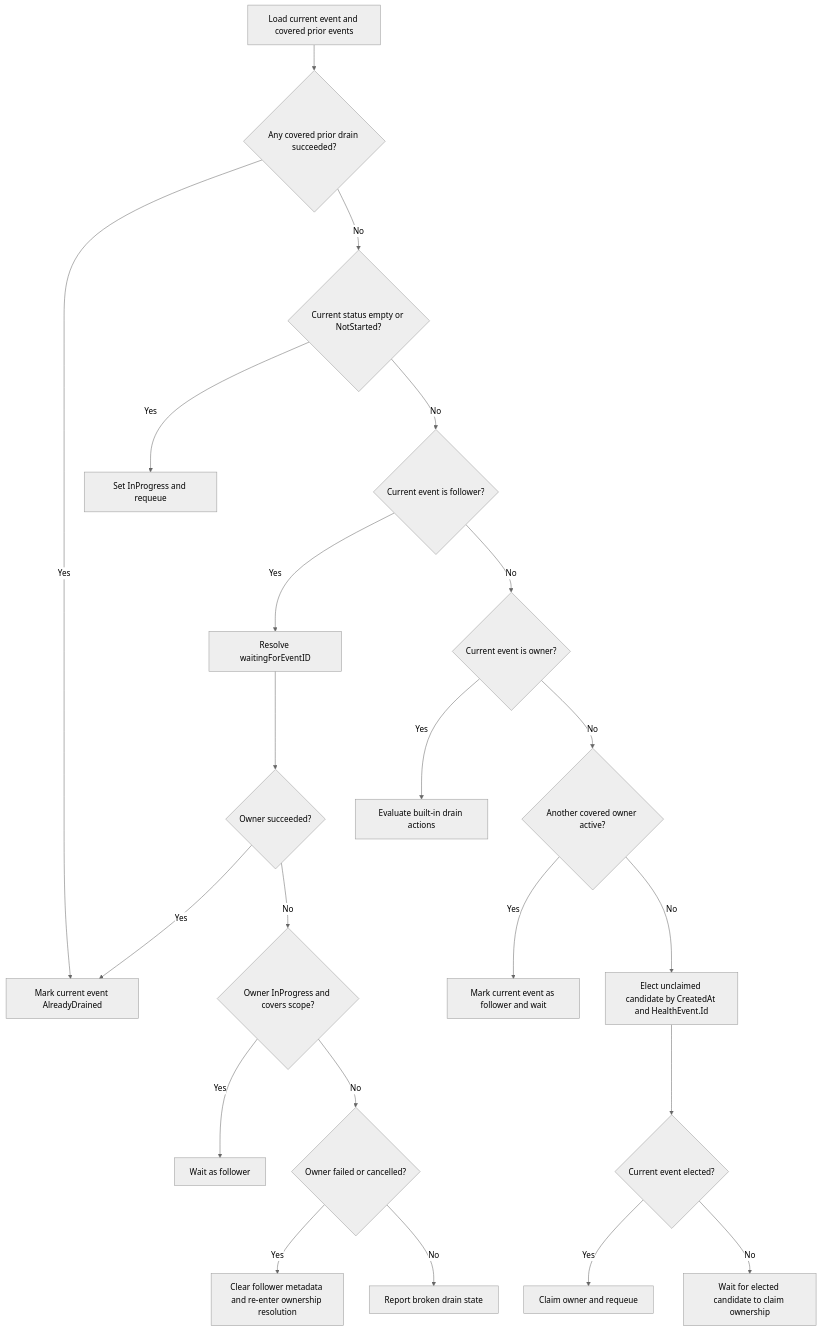
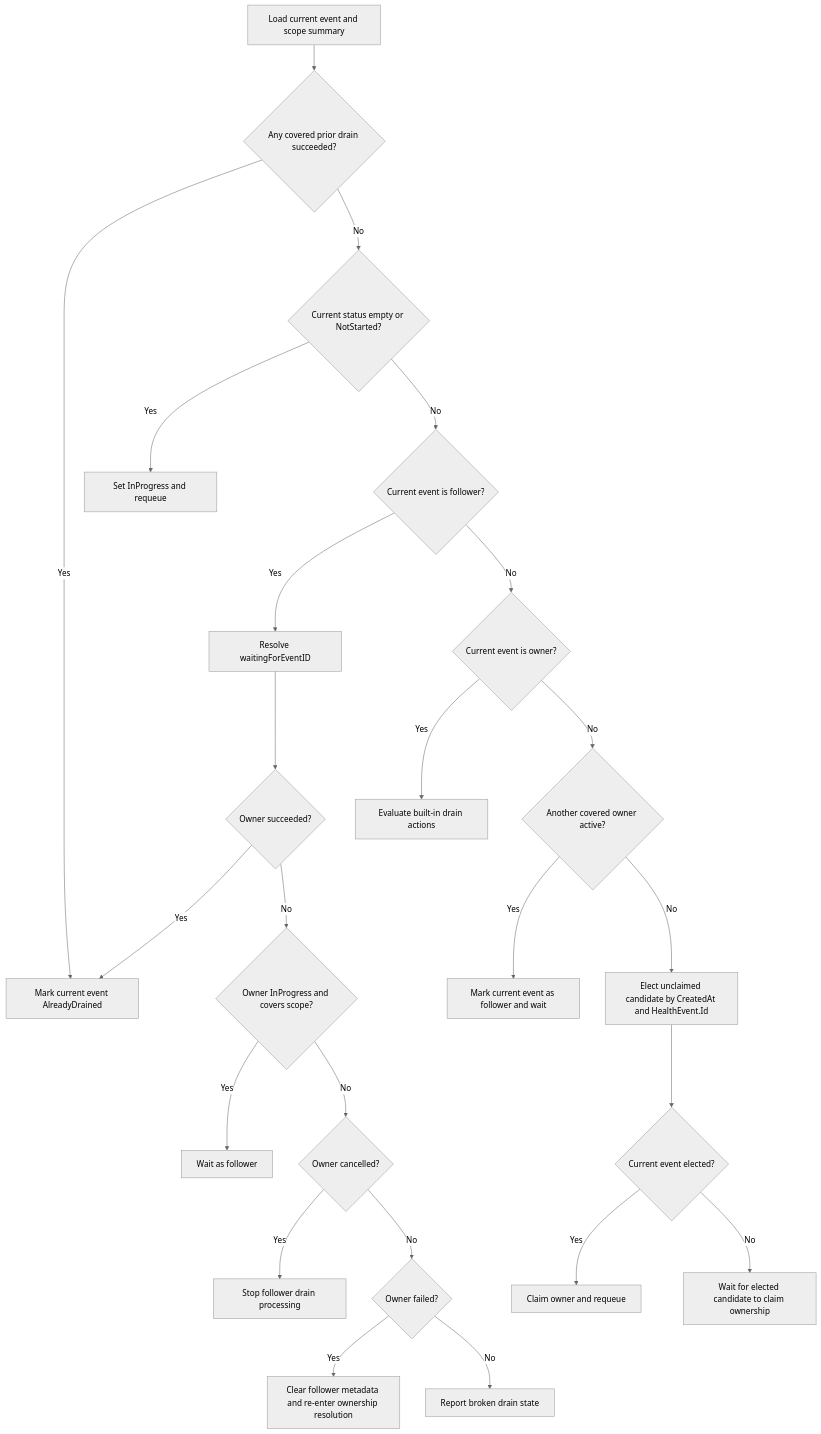
The diagram in docs/designs/040-node-drainer-overlapping-built-in-drains.md (XRFXLP/NVSentinel), drawn with Mermaid (neutral theme) before and after one commit. The commit also changed other lines of this file, not shown here.

````diff
--- a/docs/designs/040-node-drainer-overlapping-built-in-drains.md
+++ b/docs/designs/040-node-drainer-overlapping-built-in-drains.md
@@ -104,24 +148,26 @@
 ```mermaid
 flowchart TD
-    Start[Load current event and covered prior events] --> Completed{Any covered prior drain succeeded?}
+    Start[Load current event and scope summary] --> Completed{Any covered prior drain succeeded?}
     Completed -->|Yes| AlreadyDrained[Mark current event AlreadyDrained]
     Completed -->|No| NeedsProgress{Current status empty or NotStarted?}
     NeedsProgress -->|Yes| InitProgress[Set InProgress and requeue]
     NeedsProgress -->|No| IsFollower{Current event is follower?}
     IsFollower -->|Yes| ResolveOwner[Resolve waitingForEventID]
     ResolveOwner --> OwnerSucceeded{Owner succeeded?}
     OwnerSucceeded -->|Yes| AlreadyDrained
     OwnerSucceeded -->|No| OwnerActive{Owner InProgress and covers scope?}
     OwnerActive -->|Yes| WaitFollower[Wait as follower]
-    OwnerActive -->|No| OwnerFailed{Owner failed or cancelled?}
+    OwnerActive -->|No| OwnerCancelled{Owner cancelled?}
+    OwnerCancelled -->|Yes| StopFollower[Stop follower drain processing]
+    OwnerCancelled -->|No| OwnerFailed{Owner failed?}
     OwnerFailed -->|Yes| ClearFollower[Clear follower metadata and re-enter ownership resolution]
     OwnerFailed -->|No| Broken[Report broken drain state]
     IsFollower -->|No| IsOwner{Current event is owner?}
     IsOwner -->|Yes| EvaluateDrain[Evaluate built-in drain actions]
     IsOwner -->|No| CoveredOwner{Another covered owner active?}
     CoveredOwner -->|Yes| MarkFollower[Mark current event as follower and wait]
     CoveredOwner -->|No| Elect[Elect unclaimed candidate by CreatedAt and HealthEvent.Id]
     Elect --> CurrentElected{Current event elected?}
     CurrentElected -->|Yes| ClaimOwner[Claim owner and requeue]
     CurrentElected -->|No| WaitCandidate[Wait for elected candidate to claim ownership]
 ```
````
